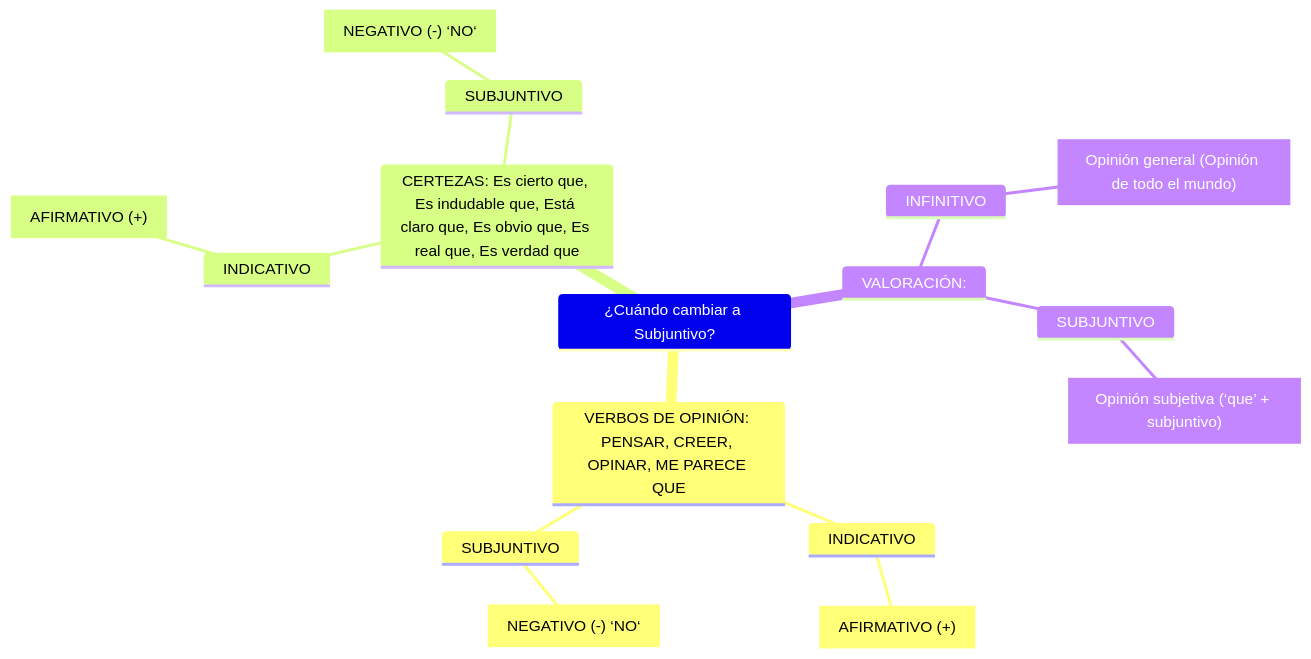
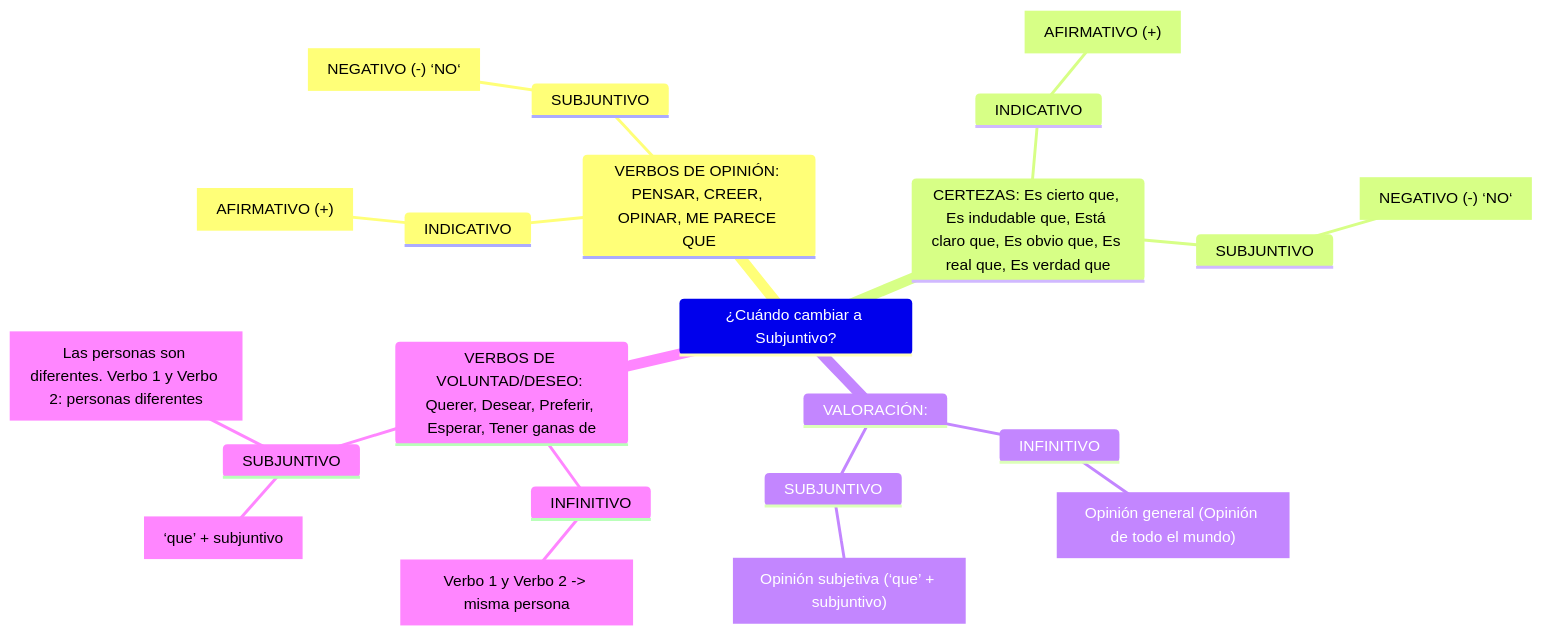
One commit to bibenga/docker-django-play changed the second of 2 diagrams in test.md. Above: the diagram before and after it, drawn with Mermaid.

````diff
--- a/test.md
+++ b/test.md
@@ -16,20 +16,26 @@
 ```mermaid
 mindmap
 ¿Cuándo cambiar a Subjuntivo?
     VERBOS DE OPINIÓN: PENSAR, CREER, OPINAR, ME PARECE QUE
         INDICATIVO
             ["AFIRMATIVO (+)"]
         SUBJUNTIVO
             ["NEGATIVO (-) ‘NO‘"]
     CERTEZAS: Es cierto que, Es indudable que, Está claro que, Es obvio que, Es real que, Es verdad que
         INDICATIVO
             ["AFIRMATIVO (+)"]
         SUBJUNTIVO
             ["NEGATIVO (-) ‘NO‘"]
     VALORACIÓN:
         INFINITIVO
             ["Opinión general (Opinión de todo el mundo)"]
         SUBJUNTIVO
             ["Opinión subjetiva (‘que’ + subjuntivo)"]
+    VERBOS DE VOLUNTAD/DESEO: Querer, Desear, Preferir, Esperar, Tener ganas de
+        INFINITIVO
+            ["Verbo 1 y Verbo 2 -> misma persona"]
+        SUBJUNTIVO
+            ["‘que’ + subjuntivo"]
+            ["Las personas son diferentes. Verbo 1 y Verbo 2: personas diferentes"]
         
 ```
````
